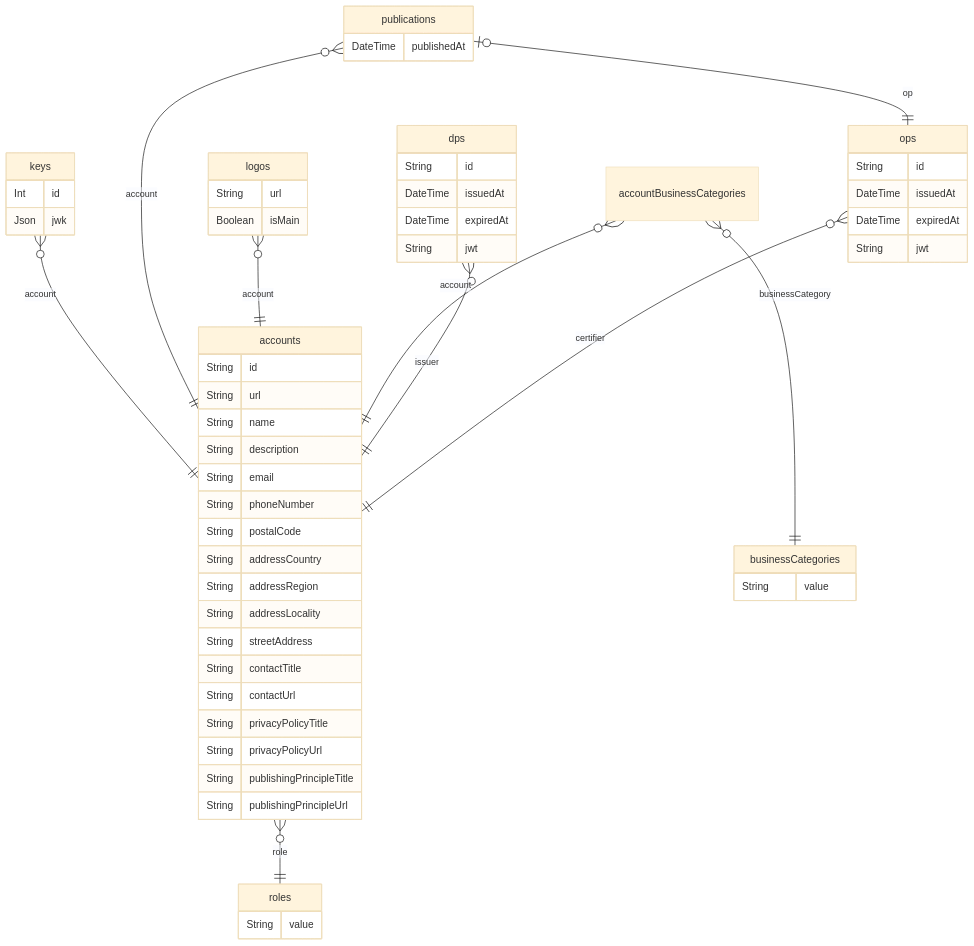
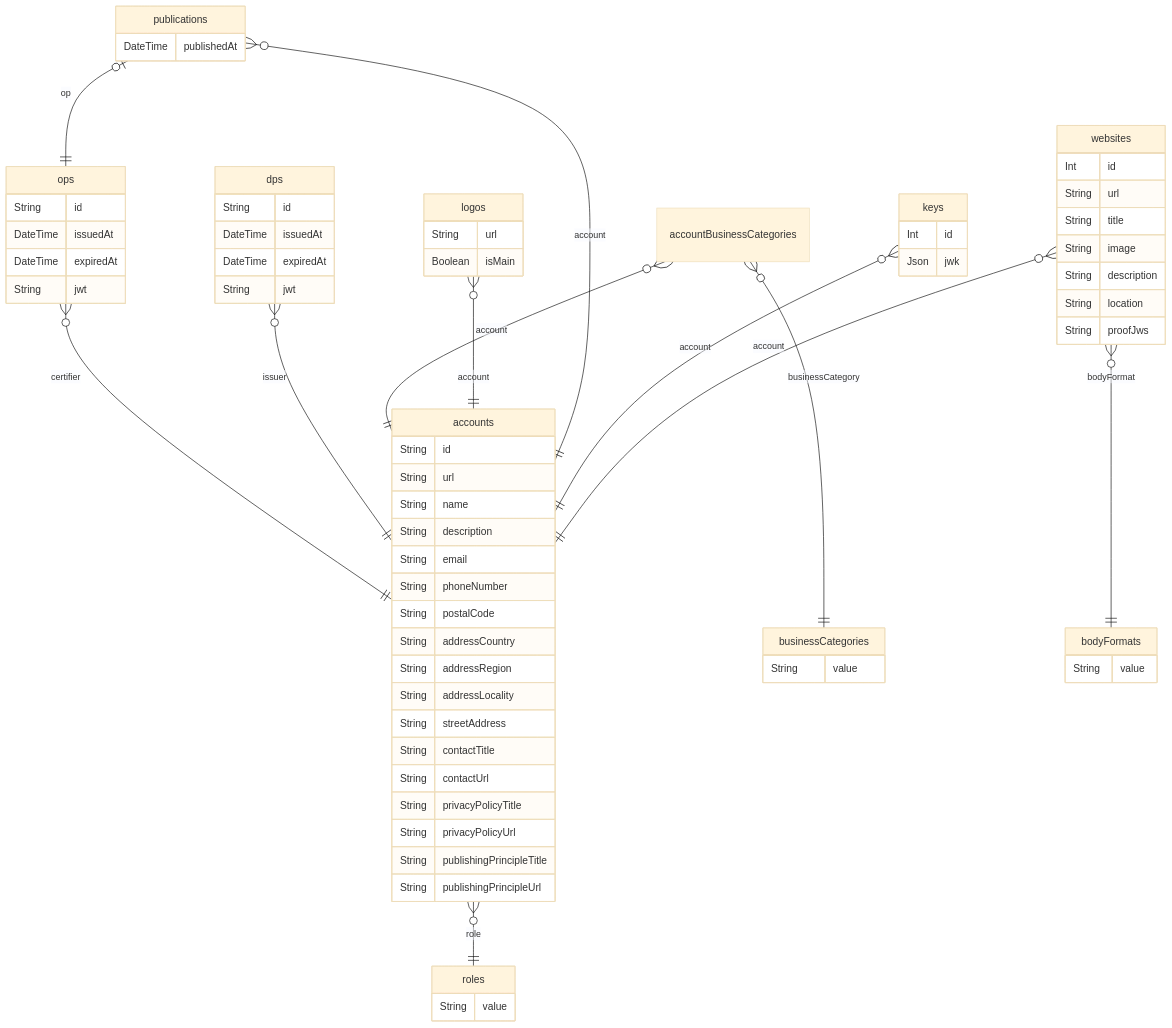
The diagram in docs/registry/assets/erd.md (originator-profile/profile-share), drawn with Mermaid (base theme) before and after one commit. The commit also changed 38 other files, not shown here.

````diff
--- a/docs/registry/assets/erd.md
+++ b/docs/registry/assets/erd.md
@@ -69,6 +69,22 @@
     Json jwk
     }
   
+
+  websites {
+      Int id
+    String url
+    String title
+    String image
+    String description
+    String location
+    String proofJws
+    }
+  
+
+  bodyFormats {
+      String value
+    }
+  
     ops o{--|| accounts : "certifier"
     dps o{--|| accounts : "issuer"
     accounts o{--|| roles : "role"
@@ -78,4 +94,6 @@
     publications o|--|| ops : "op"
     publications o{--|| accounts : "account"
     keys o{--|| accounts : "account"
+    websites o{--|| accounts : "account"
+    websites o{--|| bodyFormats : "bodyFormat"
 ```
````
